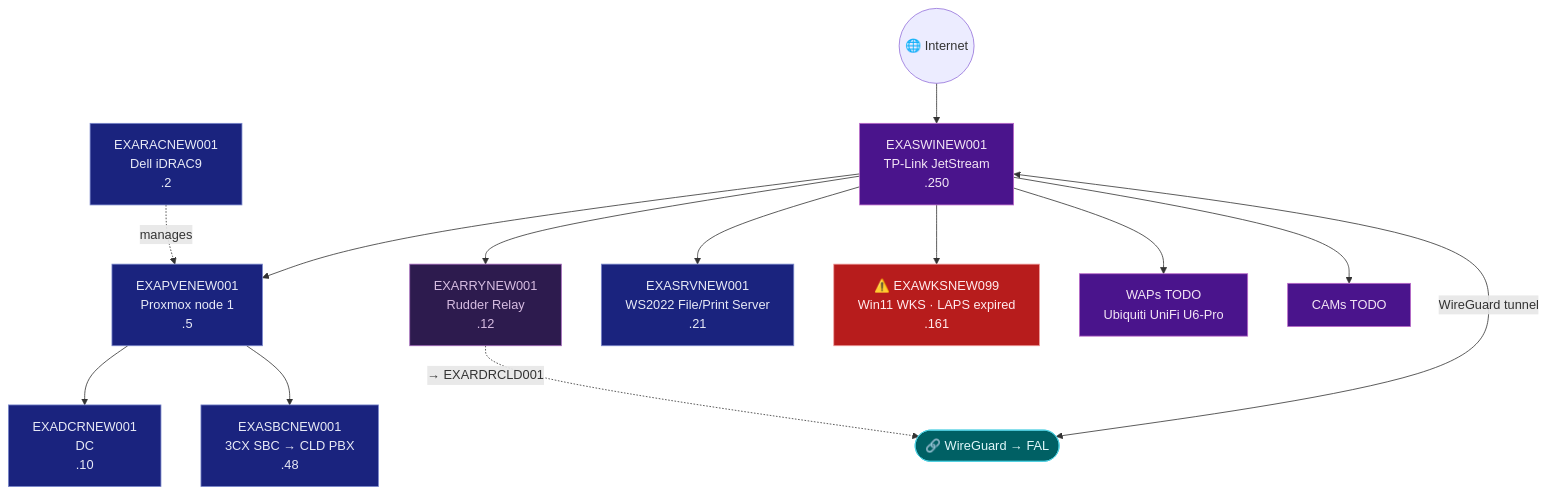
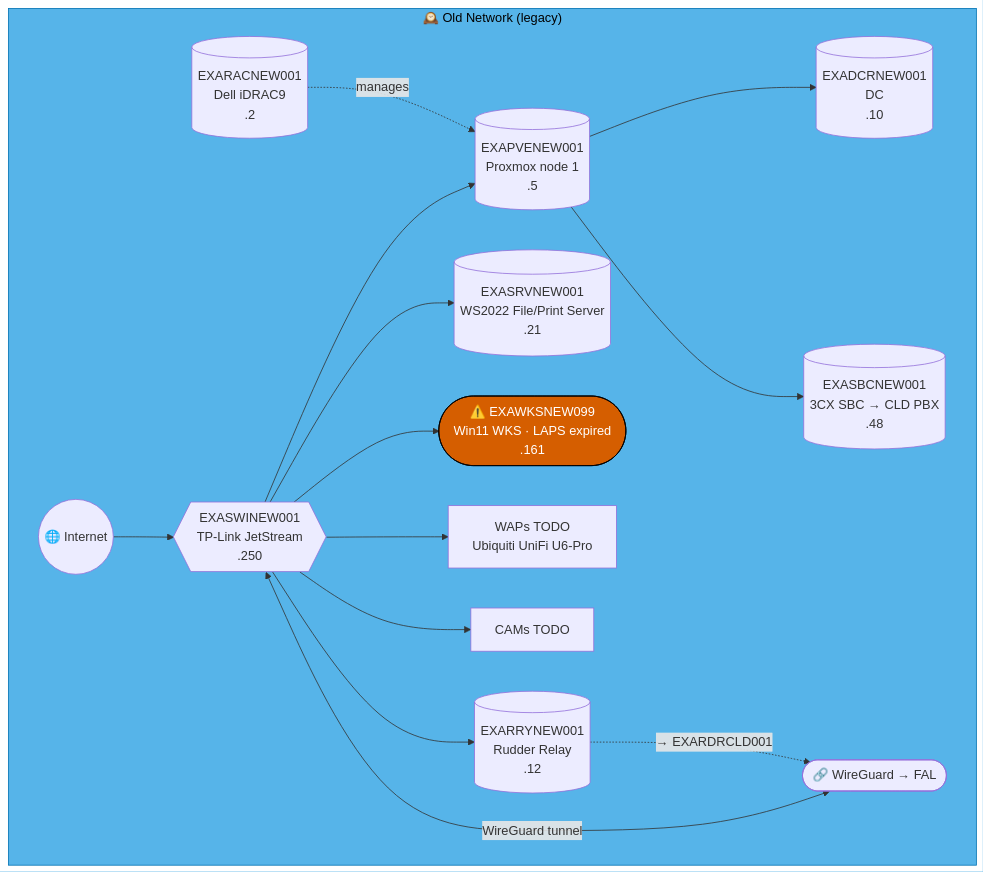
One commit to knightmare2600/example_music_infra changed diagram 13 of 47 in docs/network-diagram.md. Above: the diagram before and after it, drawn with Mermaid. The commit also changed other lines of this file and 2 other files, not shown here.

````diff
--- a/docs/network-diagram.md
+++ b/docs/network-diagram.md
@@ -733,36 +686,29 @@
 ```mermaid
 graph TD
-    INET(("🌐 Internet"))
-    SW["EXASWINEW001<br/>TP-Link JetStream<br/>.250"]
-    RAC["EXARACNEW001<br/>Dell iDRAC9<br/>.2"]
-    PVE["EXAPVENEW001<br/>Proxmox node 1<br/>.5"]
-    DC["EXADCRNEW001<br/>DC<br/>.10"]
-    SBC["EXASBCNEW001<br/>3CX SBC → CLD PBX<br/>.48"]
-    RRY["EXARRYNEW001<br/>Rudder Relay<br/>.12"]
-    SRV["EXASRVNEW001<br/>WS2022 File/Print Server<br/>.21"]
-    WKS["⚠️ EXAWKSNEW099<br/>Win11 WKS · LAPS expired<br/>.161"]
-    WAP["WAPs TODO<br/>Ubiquiti UniFi U6-Pro"]
-    CAM["CAMs TODO"]
-    VPN(["🔗 WireGuard → FAL"])
+    subgraph OLD_NEW ["🕰️ Old Network (legacy)"]
+      INET(("🌐 Internet"))
+      SW{{"EXASWINEW001<br/>TP-Link JetStream<br/>.250"}}
+      RAC[("EXARACNEW001<br/>Dell iDRAC9<br/>.2")]
+      PVE[("EXAPVENEW001<br/>Proxmox node 1<br/>.5")]
+      DC[("EXADCRNEW001<br/>DC<br/>.10")]
+      SBC[("EXASBCNEW001<br/>3CX SBC → CLD PBX<br/>.48")]
+      RRY[("EXARRYNEW001<br/>Rudder Relay<br/>.12")]
+      SRV[("EXASRVNEW001<br/>WS2022 File/Print Server<br/>.21")]
+      WKS(["⚠️ EXAWKSNEW099<br/>Win11 WKS · LAPS expired<br/>.161"])
+      WAP["WAPs TODO<br/>Ubiquiti UniFi U6-Pro"]
+      CAM["CAMs TODO"]
+      VPN(["🔗 WireGuard → FAL"])
 
-    INET --> SW
-    SW --> PVE --> DC & SBC
-    RAC -.->|"manages"| PVE
-    SW --> SRV & WKS & WAP & CAM
-    SW <-->|"WireGuard tunnel"| VPN
+      INET --> SW
+      SW --> PVE --> DC & SBC
+      RAC -.->|"manages"| PVE
+      SW --> SRV & WKS & WAP & CAM
+      SW <-->|"WireGuard tunnel"| VPN
 
-    SW --> RRY
-    RRY -. "→ EXARDRCLD001" .-> VPN
-    classDef net fill:#4a148c,stroke:#ba68c8,color:#f3e5f5
-    classDef srv fill:#1a237e,stroke:#7986cb,color:#e8eaf6
-    classDef ep fill:#4a148c,stroke:#ba68c8,color:#f3e5f5
-    classDef warn fill:#b71c1c,stroke:#ef9a9a,color:#ffebee
-    classDef vpn fill:#006064,stroke:#4dd0e1,color:#e0f7fa
-    classDef rudder fill:#2d1b4e,stroke:#a569bd,color:#d7bde2
-    class SW net
-    class PVE,DC,SBC,RAC,SRV srv
-    class RRY rudder
-    class WAP,CAM ep
+      SW --> RRY
+      RRY -. "→ EXARDRCLD001" .-> VPN
+    end
+    style OLD_NEW fill:#56B4E9,stroke:#0072B2,color:#000000
+    classDef warn fill:#D55E00,stroke:#000000,color:#ffffff
     class WKS warn
-    class VPN vpn
 ```
````
